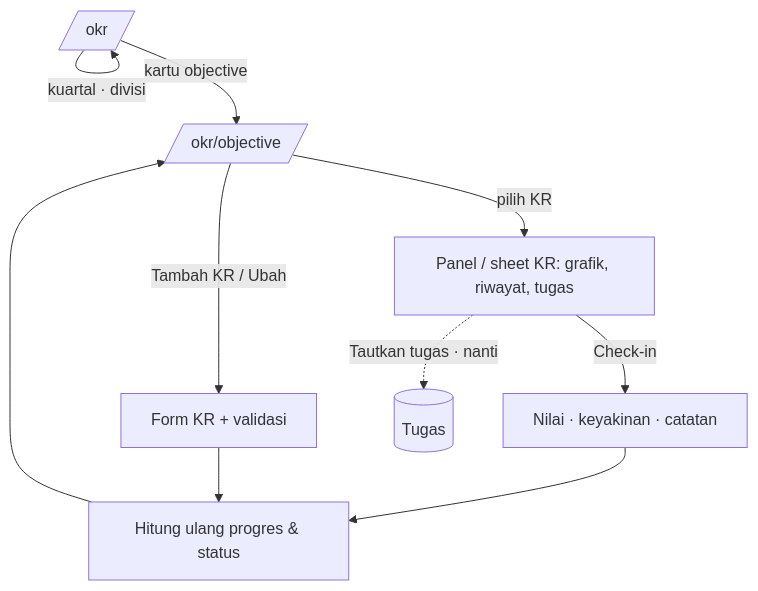
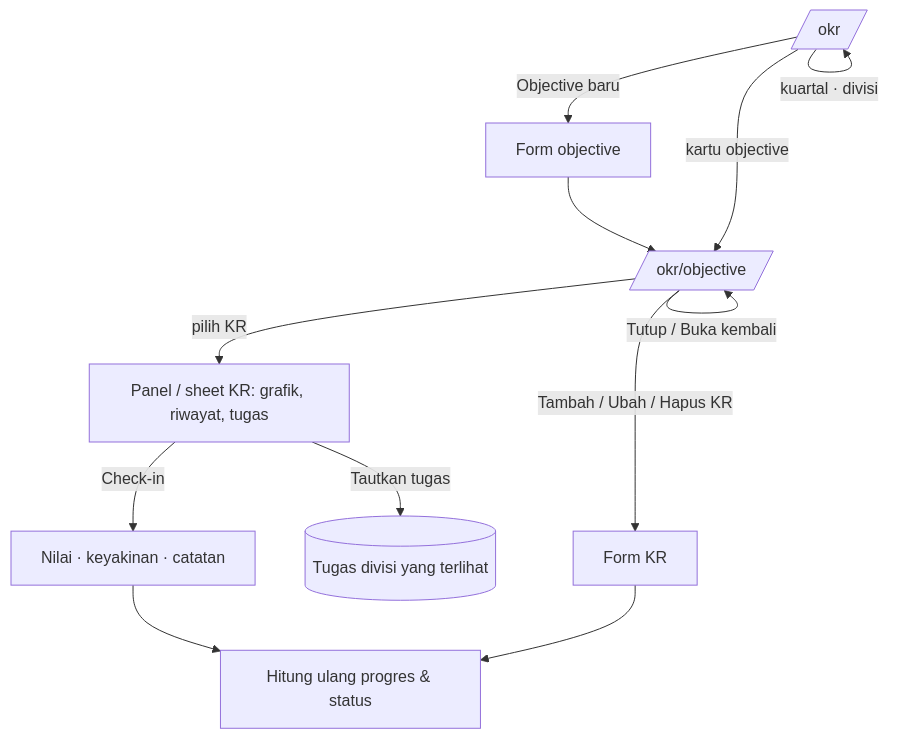
The diagram in docs/fitur/okr.md (faris315mfaf-ai/ruang-kerja), drawn with Mermaid before and after one commit. The commit also changed other lines of this file and 2 other files, not shown here.

````diff
--- a/docs/fitur/okr.md
+++ b/docs/fitur/okr.md
@@ -59,10 +67,11 @@
 ```mermaid
 flowchart TD
     L[/okr/] -->|kuartal · divisi| L
+    L -->|Objective baru| O[Form objective] --> D
     L -->|kartu objective| D[/okr/objective/]
     D -->|pilih KR| P[Panel / sheet KR: grafik, riwayat, tugas]
     P -->|Check-in| C[Nilai · keyakinan · catatan] --> R[Hitung ulang progres & status]
-    D -->|Tambah KR / Ubah| F[Form KR + validasi] --> R
-    R --> D
-    P -.->|Tautkan tugas · nanti| T[(Tugas)]
+    P -->|Tautkan tugas| T[(Tugas divisi yang terlihat)]
+    D -->|Tambah / Ubah / Hapus KR| F[Form KR] --> R
+    D -->|Tutup / Buka kembali| D
 ```
````
